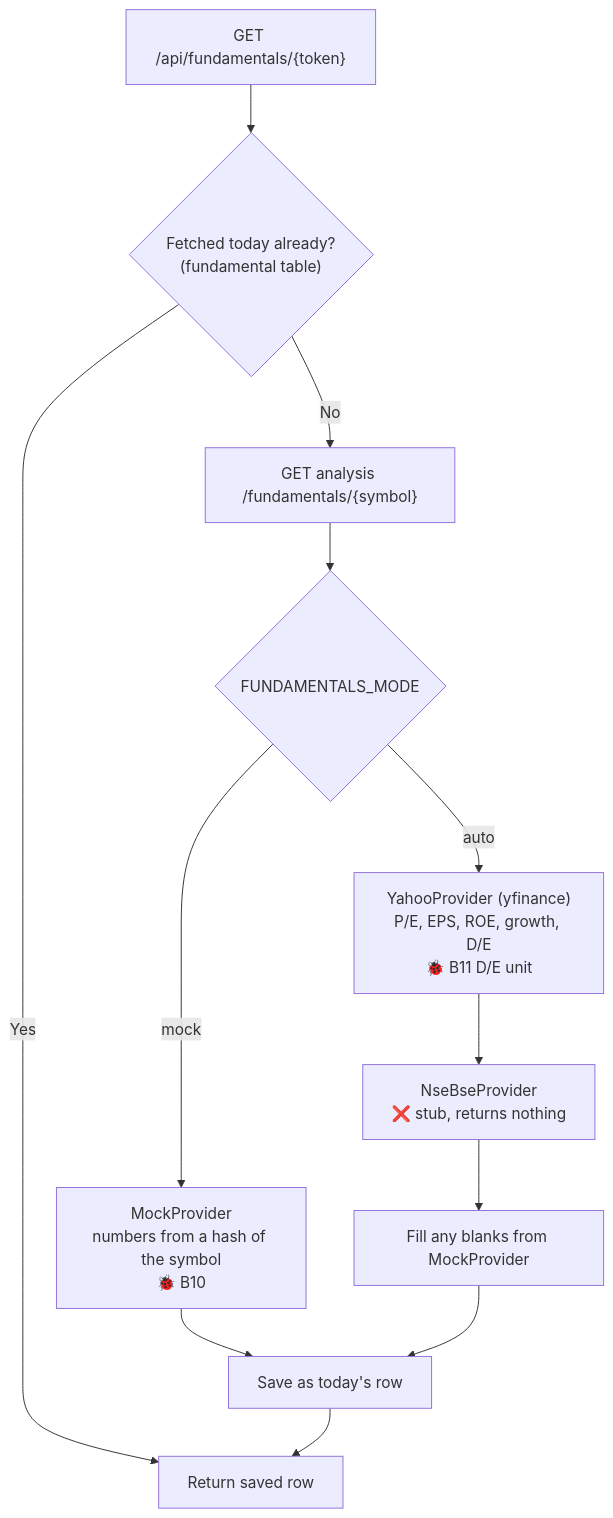
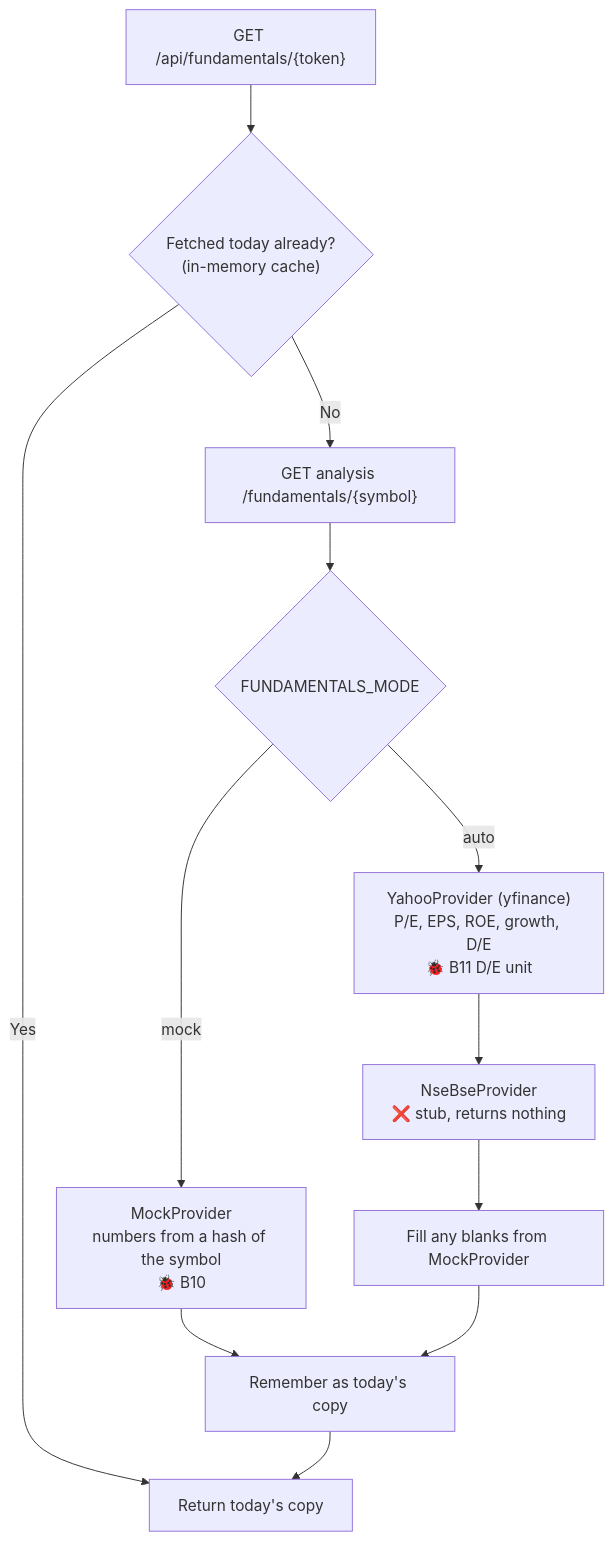
The sixth of 15 diagrams in docs/PROJECT_FLOW.md (letscodeshivansh/EaseTrading), drawn with Mermaid before and after one commit. The commit also changed other lines of this file and 1 other file, not shown here.

````diff
--- a/docs/PROJECT_FLOW.md
+++ b/docs/PROJECT_FLOW.md
@@ -309,14 +281,14 @@
 ```mermaid
 flowchart TD
-    A["GET /api/fundamentals/{token}"] --> T{"Fetched today already?<br/>(fundamental table)"}
-    T -- Yes --> R["Return saved row"]
+    A["GET /api/fundamentals/{token}"] --> T{"Fetched today already?<br/>(in-memory cache)"}
+    T -- Yes --> R["Return today's copy"]
     T -- No --> P["GET analysis /fundamentals/{symbol}"]
     P --> M{"FUNDAMENTALS_MODE"}
     M -- mock --> MK["MockProvider<br/>numbers from a hash of the symbol<br/>🐞 B10"]
     M -- auto --> Y["YahooProvider (yfinance)<br/>P/E, EPS, ROE, growth, D/E<br/>🐞 B11 D/E unit"]
     Y --> N["NseBseProvider<br/>❌ stub, returns nothing"]
     N --> BF["Fill any blanks from MockProvider"]
-    MK --> SV["Save as today's row"]
+    MK --> SV["Remember as today's copy"]
     BF --> SV
     SV --> R
 ```
````
